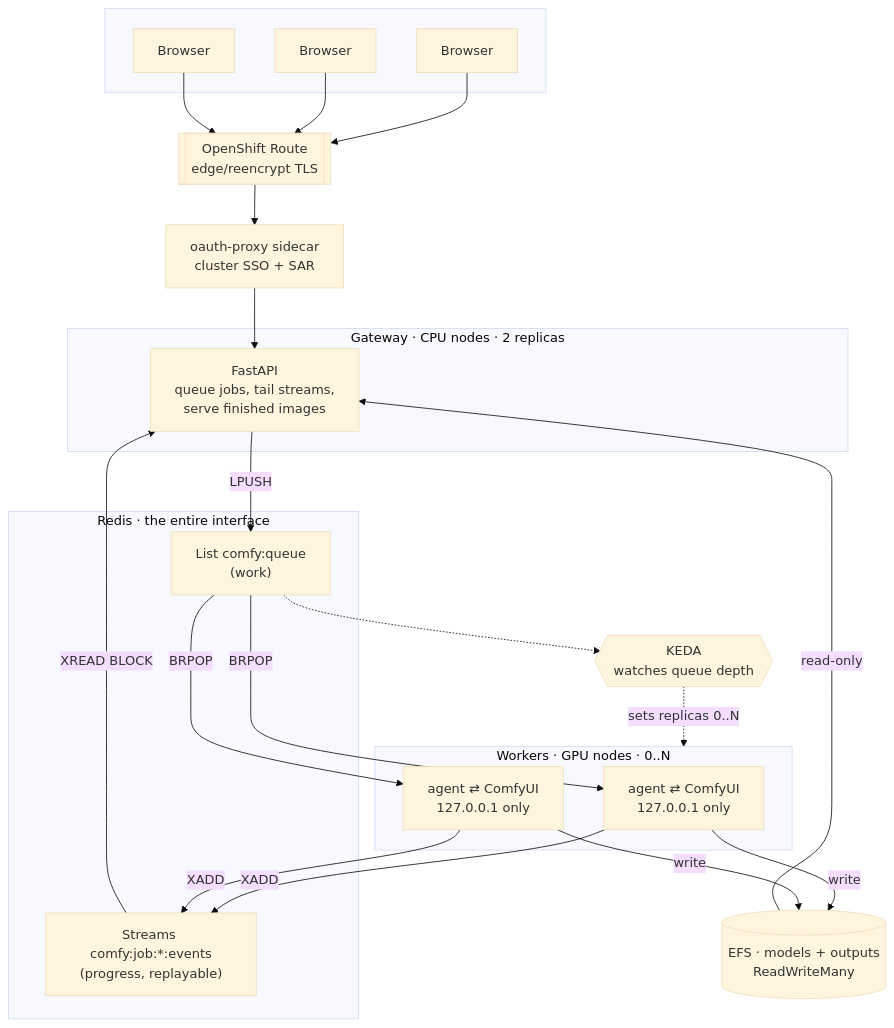
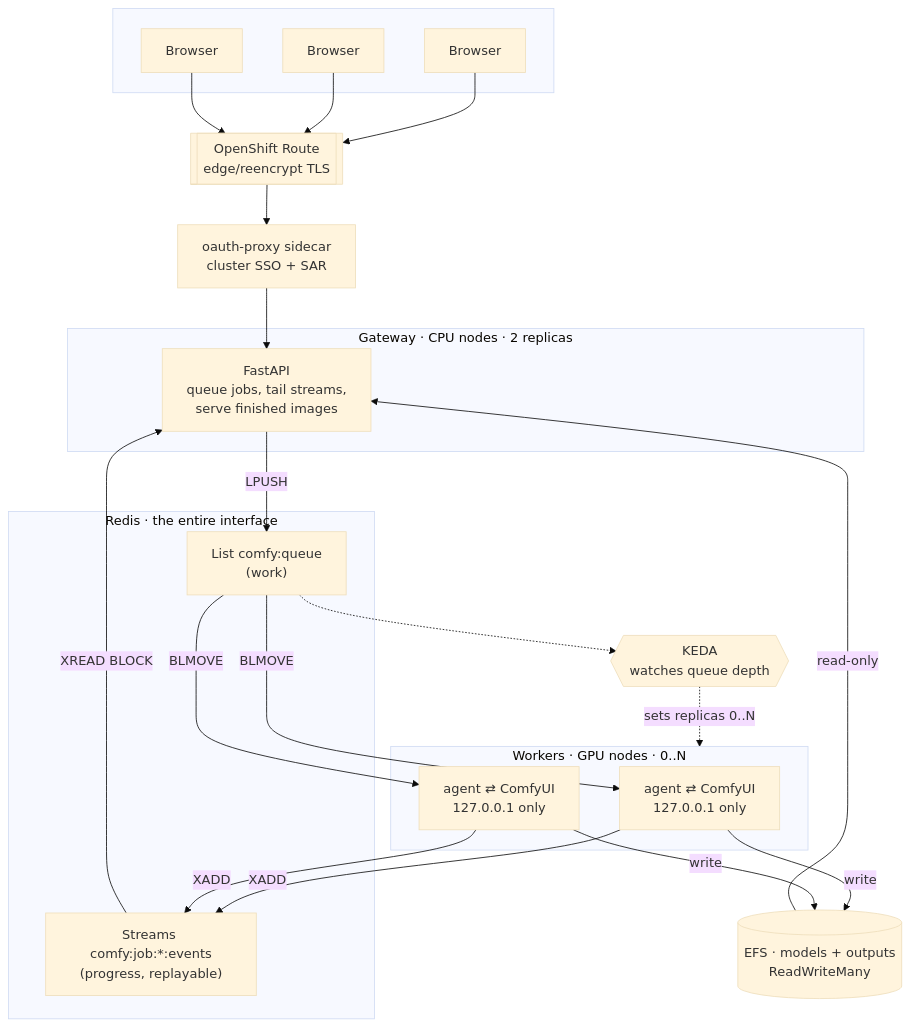
The diagram in docs/06-enterprise-architecture.md (redhat-et/comfyui-on-openshift), drawn with Mermaid (base theme) before and after one commit. The commit also changed other lines of this file and 3 other files, not shown here.

First line of the commit message:
Docs: correct the roadmap from a full source read, and document failure handling

````diff
--- a/docs/06-enterprise-architecture.md
+++ b/docs/06-enterprise-architecture.md
@@ -22,37 +22,37 @@
 ```mermaid
 flowchart TB
     subgraph browsers[" "]
         U1[Browser]
         U2[Browser]
         U3[Browser]
     end
 
     R[["OpenShift Route<br/>edge/reencrypt TLS"]]
     P["oauth-proxy sidecar<br/>cluster SSO + SAR"]
 
     subgraph gw["Gateway · CPU nodes · 2 replicas"]
         G["FastAPI<br/>queue jobs, tail streams,<br/>serve finished images"]
     end
 
     subgraph rd["Redis · the entire interface"]
         Q["List comfy:queue<br/>(work)"]
         S["Streams comfy:job:*:events<br/>(progress, replayable)"]
     end
 
     subgraph gpu["Workers · GPU nodes · 0..N"]
         W1["agent ⇄ ComfyUI<br/>127.0.0.1 only"]
         W2["agent ⇄ ComfyUI<br/>127.0.0.1 only"]
     end
 
     E[("EFS · models + outputs<br/>ReadWriteMany")]
     K{{"KEDA<br/>watches queue depth"}}
 
     U1 & U2 & U3 --> R --> P --> G
     G -- LPUSH --> Q
-    Q -- BRPOP --> W1 & W2
+    Q -- BLMOVE --> W1 & W2
     W1 & W2 -- XADD --> S
     S -- "XREAD BLOCK" --> G
     W1 & W2 -- write --> E
     E -- "read-only" --> G
     Q -.-> K -.->|"sets replicas 0..N"| gpu
 ```
````
